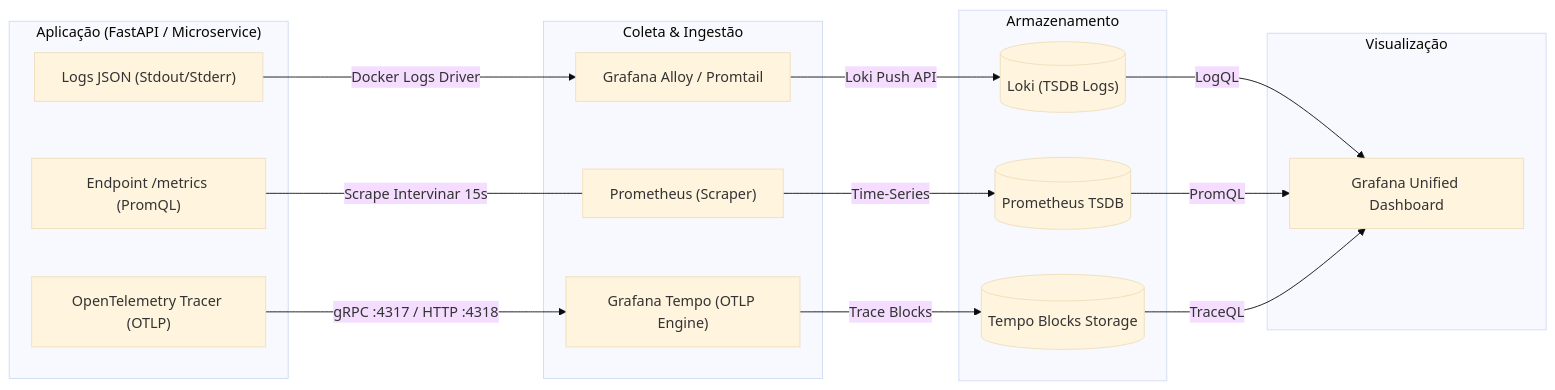
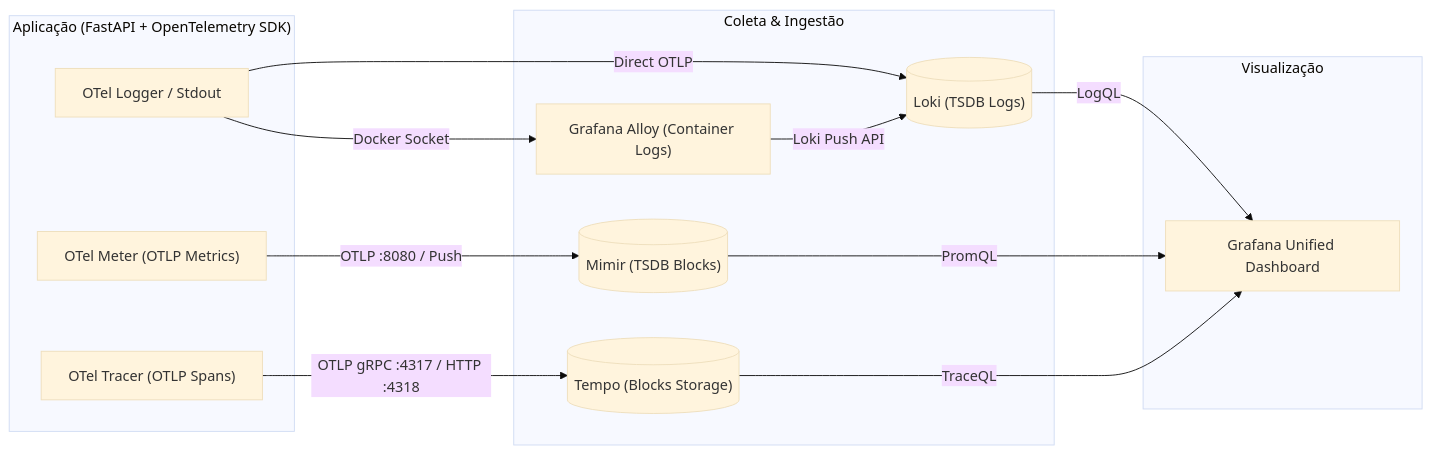
One commit to GuiJeff0/monitor_lab changed the fourth of 6 diagrams in Infrastructure Diagrams.md. Above: the diagram before and after it, drawn with Mermaid (base theme). The commit also changed other lines of this file and 8 other files, not shown here.

````diff
--- a/Infrastructure Diagrams.md
+++ b/Infrastructure Diagrams.md
@@ -148,33 +147,30 @@
 ```mermaid
 flowchart LR
-    subgraph Aplicaçao["Aplicação (FastAPI / Microservice)"]
-        AppLog["Logs JSON (Stdout/Stderr)"]
-        AppMetric["Endpoint /metrics (PromQL)"]
-        AppTrace["OpenTelemetry Tracer (OTLP)"]
+    subgraph Aplicaçao["Aplicação (FastAPI + OpenTelemetry SDK)"]
+        AppLog["OTel Logger / Stdout"]
+        AppMetric["OTel Meter (OTLP Metrics)"]
+        AppTrace["OTel Tracer (OTLP Spans)"]
     end
 
-    subgraph Coleta["Coleta & Ingestão"]
-        Alloy["Grafana Alloy / Promtail"]
-        Prometheus["Prometheus (Scraper)"]
-        Tempo["Grafana Tempo (OTLP Engine)"]
-    end
-
-    subgraph Armazenamento["Armazenamento"]
+    subgraph Ingestao["Coleta & Ingestão"]
+        Alloy["Grafana Alloy (Container Logs)"]
+        MimirDB[("Mimir (TSDB Blocks)")]
         LokiDB[("Loki (TSDB Logs)")]
-        PromDB[("Prometheus TSDB")]
-        TempoDB[("Tempo Blocks Storage")]
+        TempoDB[("Tempo (Blocks Storage)")]
     end
 
     subgraph Painel["Visualização"]
         Grafana["Grafana Unified Dashboard"]
     end
 
     %% Pipeline Logs
-    AppLog -->|Docker Logs Driver| Alloy -->|Loki Push API| LokiDB -->|LogQL| Grafana
+    AppLog -->|Direct OTLP| LokiDB
+    AppLog -->|Docker Socket| Alloy -->|Loki Push API| LokiDB
+    LokiDB -->|LogQL| Grafana
 
     %% Pipeline Métricas
-    AppMetric <---|Scrape Intervinar 15s| Prometheus -->|Time-Series| PromDB -->|PromQL| Grafana
+    AppMetric -->|OTLP :8080 / Push| MimirDB -->|PromQL| Grafana
 
     %% Pipeline Traces
-    AppTrace -->|gRPC :4317 / HTTP :4318| Tempo -->|Trace Blocks| TempoDB -->|TraceQL| Grafana
+    AppTrace -->|OTLP gRPC :4317 / HTTP :4318| TempoDB -->|TraceQL| Grafana
 ```
````
